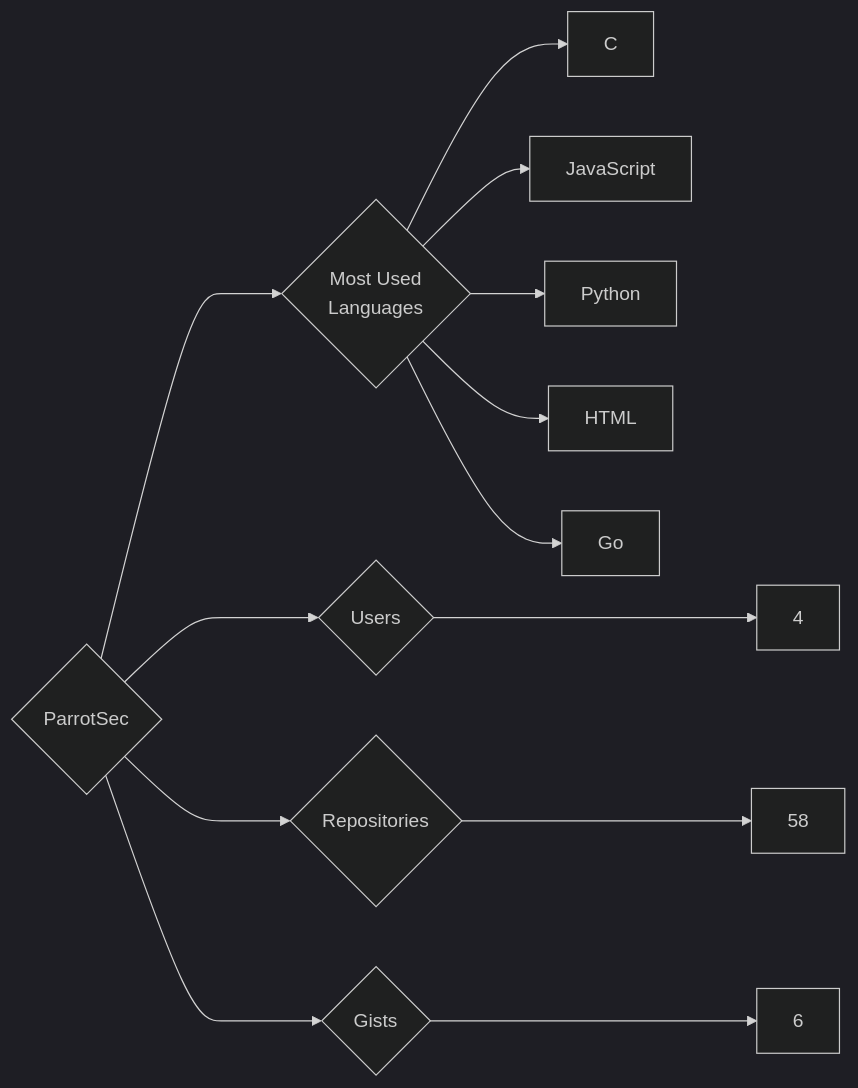
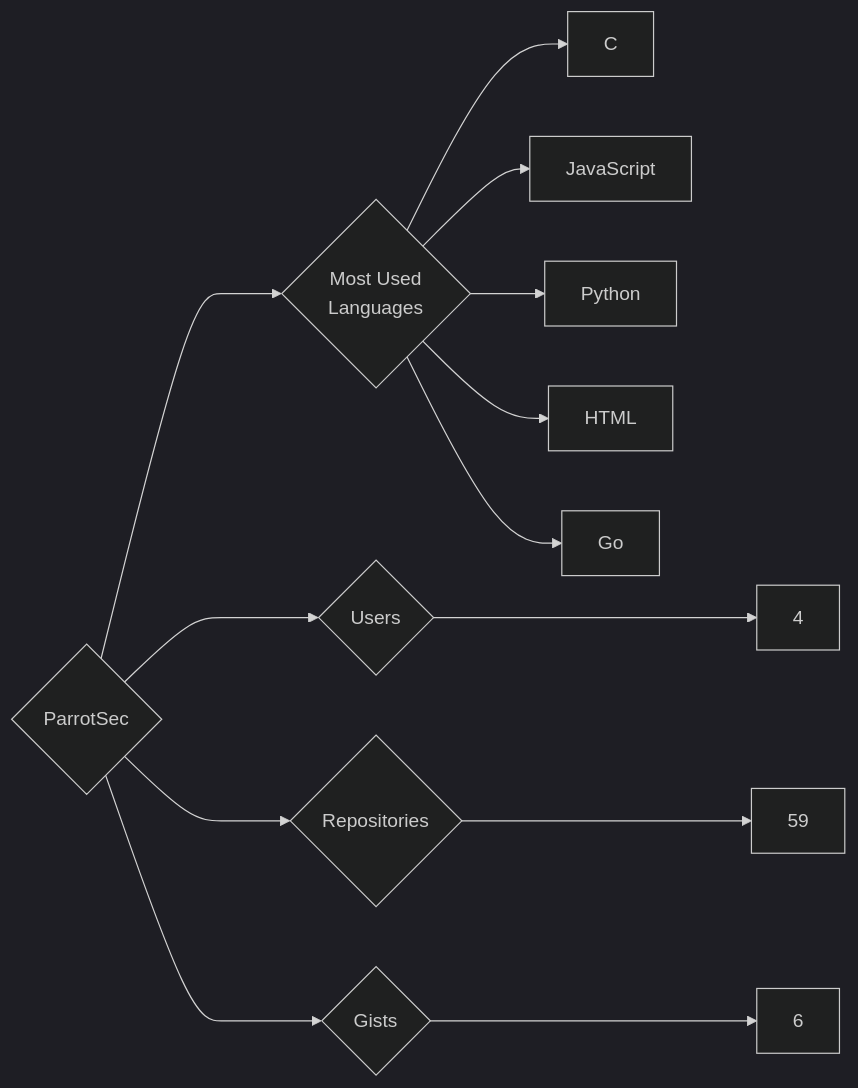
The diagram in targets/ParrotSec/README.md (trickest/insiders), drawn with Mermaid (dark theme) before and after one commit. The commit also changed 870 other files, not shown here.

````diff
--- a/targets/ParrotSec/README.md
+++ b/targets/ParrotSec/README.md
@@ -3,13 +3,13 @@
 ```mermaid
 graph LR
 COMPANY_NAME{ParrotSec}
 COMPANY_NAME ---> U{Users} ---> UN[4]
-COMPANY_NAME ---> R{Repositories} ---> RN[58]
+COMPANY_NAME ---> R{Repositories} ---> RN[59]
 COMPANY_NAME ---> G{Gists} ---> GN[6]
 COMPANY_NAME ---> ML{Most Used<br>Languages}
 ML --> C[C]
 ML --> JavaScript[JavaScript]
 ML --> Python[Python]
 ML --> HTML[HTML]
 ML --> Go[Go]
 ```
````
